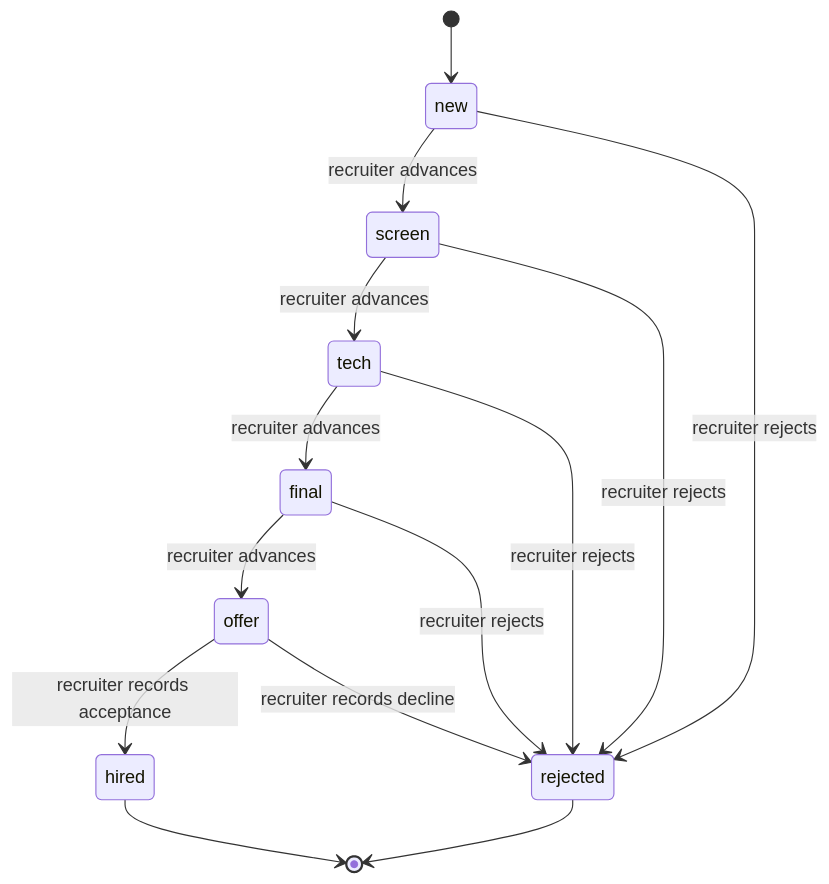
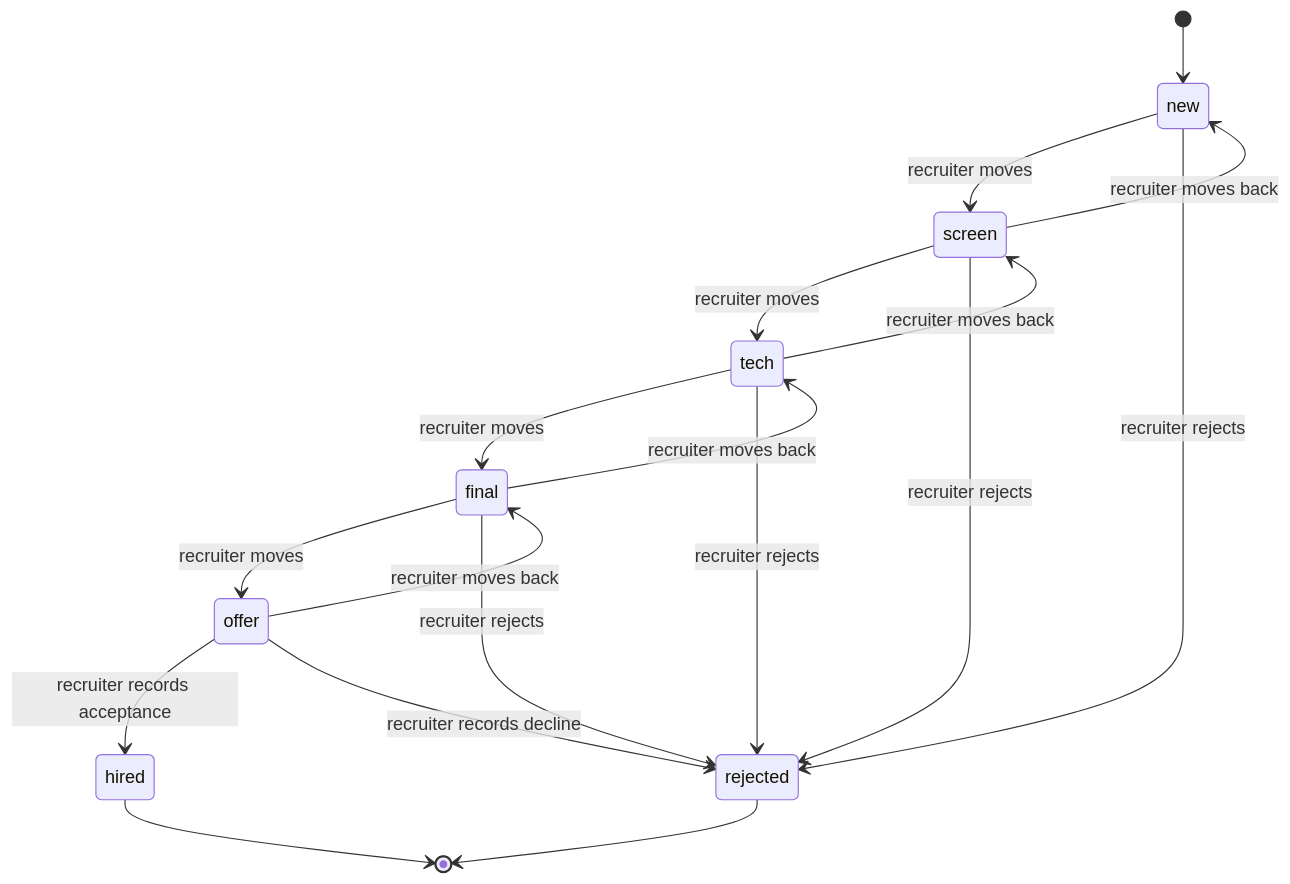
Before and after one commit to bossssmann-ui/hr-system: the second of 3 diagrams in docs/contracts/20-fsm.md, drawn with Mermaid. The commit also changed other lines of this file and 178 other files, not shown here.

````diff
--- a/docs/contracts/20-fsm.md
+++ b/docs/contracts/20-fsm.md
@@ -54,16 +54,20 @@
 ```mermaid
 stateDiagram-v2
     [*] --> new
-    new --> screen: recruiter advances
+    new --> screen: recruiter moves
     new --> rejected: recruiter rejects
-    screen --> tech: recruiter advances
+    screen --> new: recruiter moves back
+    screen --> tech: recruiter moves
     screen --> rejected: recruiter rejects
-    tech --> final: recruiter advances
+    tech --> screen: recruiter moves back
+    tech --> final: recruiter moves
     tech --> rejected: recruiter rejects
-    final --> offer: recruiter advances
+    final --> tech: recruiter moves back
+    final --> offer: recruiter moves
     final --> rejected: recruiter rejects
+    offer --> final: recruiter moves back
     offer --> hired: recruiter records acceptance
     offer --> rejected: recruiter records decline
     hired --> [*]
     rejected --> [*]
 ```
````
